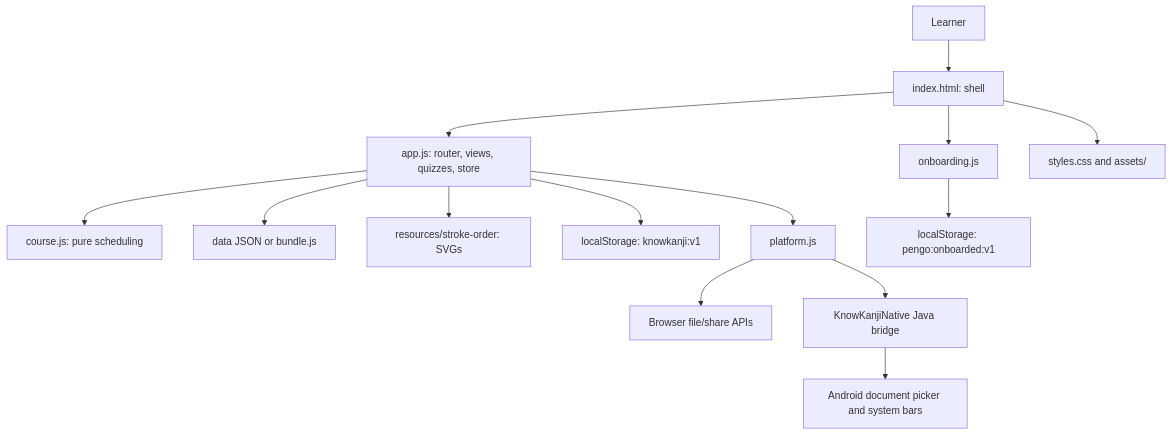
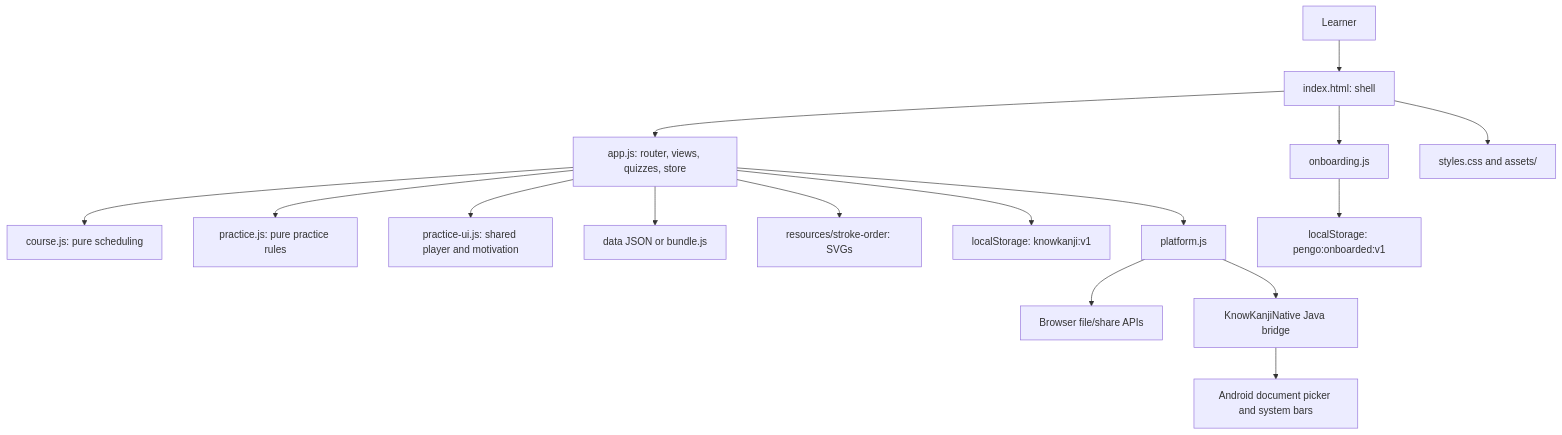
One commit to rummanrc/pengo changed the first of 3 diagrams in docs/architecture.md. Above: the diagram before and after it, drawn with Mermaid. The commit also changed other lines of this file and 26 other files, not shown here.

````diff
--- a/docs/architecture.md
+++ b/docs/architecture.md
@@ -7,16 +7,18 @@
 ```mermaid
 flowchart TD
     User["Learner"] --> Shell["index.html: shell"]
     Shell --> App["app.js: router, views, quizzes, store"]
     App --> Course["course.js: pure scheduling"]
+    App --> Practice["practice.js: pure practice rules"]
+    App --> PracticeUI["practice-ui.js: shared player and motivation"]
     App --> Content["data JSON or bundle.js"]
     App --> SVG["resources/stroke-order: SVGs"]
     App --> Storage["localStorage: knowkanji:v1"]
     Shell --> Intro["onboarding.js"]
     Intro --> Flag["localStorage: pengo:onboarded:v1"]
     App --> Platform["platform.js"]
     Platform --> Browser["Browser file/share APIs"]
     Platform --> Bridge["KnowKanjiNative Java bridge"]
     Bridge --> Android["Android document picker and system bars"]
     Shell --> Style["styles.css and assets/"]
 ```
````
